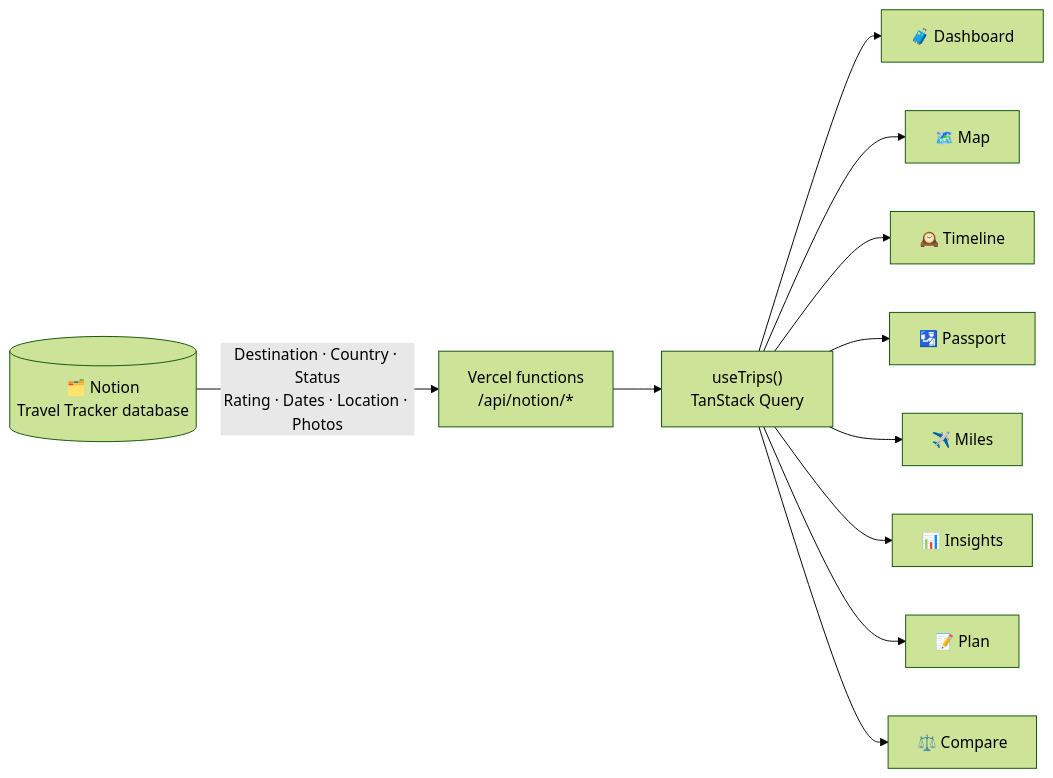
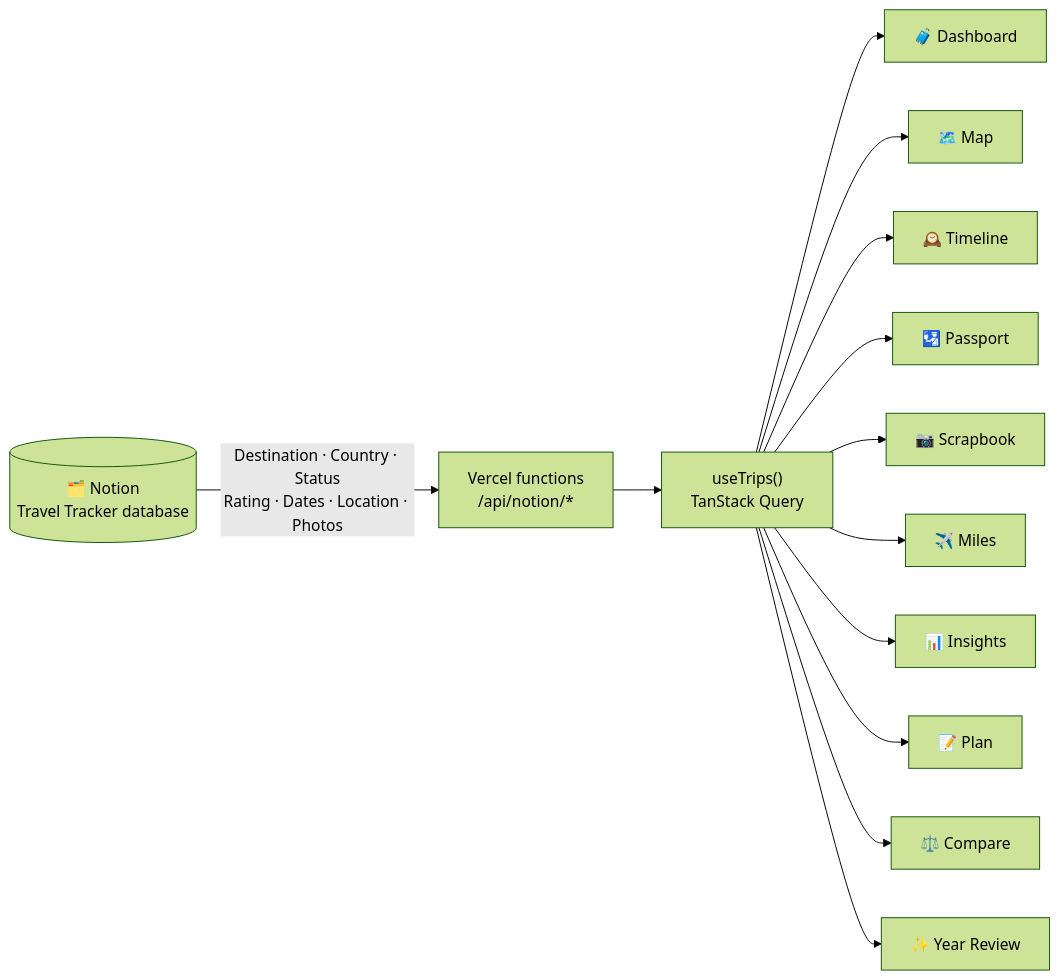
Before and after one commit to jlthompson96/Travel_Tracker: the first of 3 diagrams in README.md, drawn with Mermaid (forest theme). The commit also changed other lines of this file and 21 other files, not shown here.

````diff
--- a/README.md
+++ b/README.md
@@ -27,13 +27,15 @@
 ```mermaid
 flowchart LR
     N[("🗂️ Notion<br/>Travel Tracker database")] -- "Destination · Country · Status<br/>Rating · Dates · Location · Photos" --> A["Vercel functions<br/>/api/notion/*"]
     A --> Q["useTrips()<br/>TanStack Query"]
     Q --> T1["🧳 Dashboard"]
     Q --> T2["🗺️ Map"]
     Q --> T3["🕰️ Timeline"]
     Q --> T4["🛂 Passport"]
-    Q --> T5["✈️ Miles"]
-    Q --> T6["📊 Insights"]
-    Q --> T7["📝 Plan"]
-    Q --> T8["⚖️ Compare"]
+    Q --> T5["📷 Scrapbook"]
+    Q --> T6["✈️ Miles"]
+    Q --> T7["📊 Insights"]
+    Q --> T8["📝 Plan"]
+    Q --> T9["⚖️ Compare"]
+    Q --> T10["✨ Year Review"]
 ```
````
